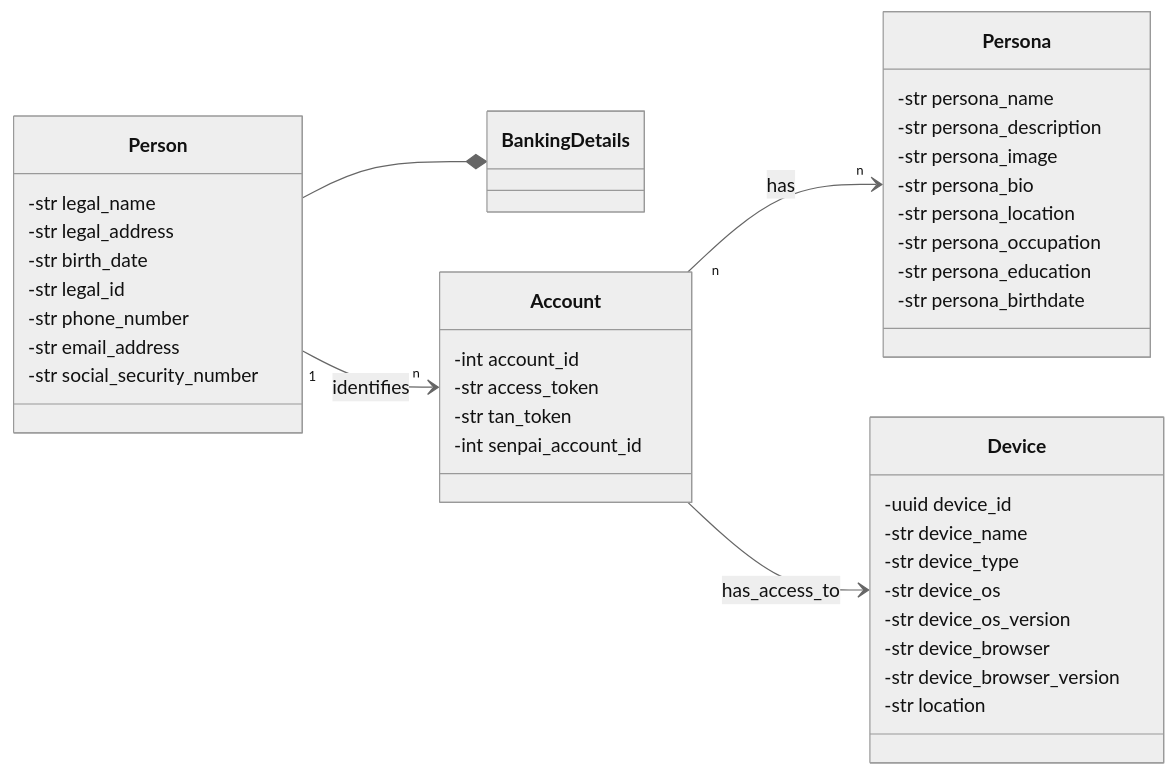
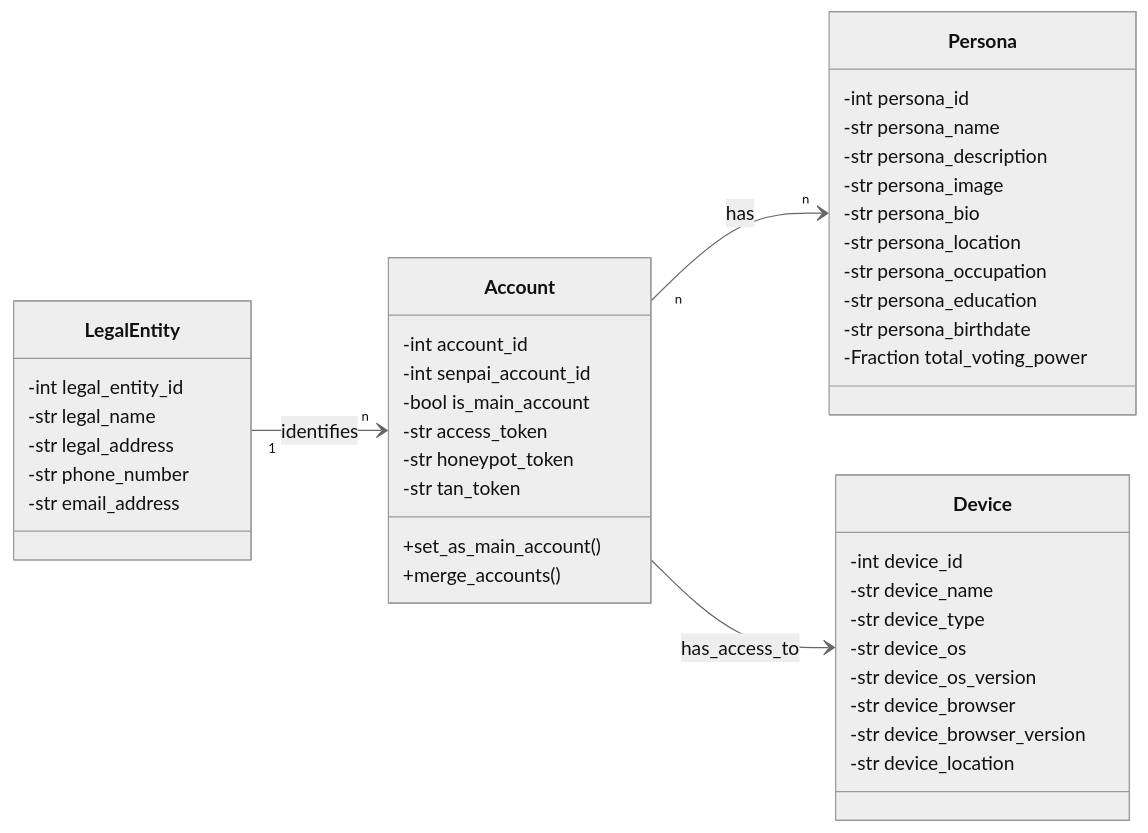
Before and after one commit to TetraPlex-org/central: the first of 2 diagrams in Documentation/technical/voting.md, drawn with Mermaid (neutral theme). The commit also changed other lines of this file and 1 other file, not shown here.

Commit message:
docs(model): audiomerge, voting

````diff
--- a/Documentation/technical/voting.md
+++ b/Documentation/technical/voting.md
@@ -15,53 +16,56 @@
 ```mermaid
 classDiagram
 direction LR
-    class Person{
+    class LegalEntity{
+        -int legal_entity_id
         -str legal_name
         -str legal_address
-        -str birth_date
-        -str legal_id
         -str phone_number
         -str email_address
-        -str social_security_number
     }
-    Person --* BankingDetails
-
-    class BankingDetails
 
 
     class Account{
         -int account_id
+        %% senpai is the account that introduced this account to the system
+        -int senpai_account_id
+        -bool is_main_account
         %% jwt token, used to login, simplest form of authentication, can't be used to access personal data
         -str access_token
-        %% token used by OTP (one time password) apps like google authenticator for two-factor authentication
+        %% jwt token to derive fake access tokens to identify security leaks
+        -str honeypot_token
+        %% token used by OTP (one time password) apps like google authenticator for two-factor authentication (or how does this work?)
         -str tan_token
-        %% senpai is the account that introduced this account to the system
-        -int senpai_account_id
+
+        +set_as_main_account()
+        +merge_accounts()
     }
 
     class Device{
-        -uuid device_id
+        -int device_id
         -str device_name
         -str device_type
         -str device_os
         -str device_os_version
         -str device_browser
         -str device_browser_version
-        -str location
+        -str device_location
     }
 
     class Persona{
+        -int persona_id
         -str persona_name
         -str persona_description
         -str persona_image
         -str persona_bio
         -str persona_location
         -str persona_occupation
         -str persona_education
         -str persona_birthdate
+        -Fraction total_voting_power
     }
 
     Account "n" --> "n" Persona : has
-    Person "1" --> "n" Account : identifies
+    LegalEntity "1" --> "n" Account : identifies
     Account --> Device: has_access_to
 ```
````
